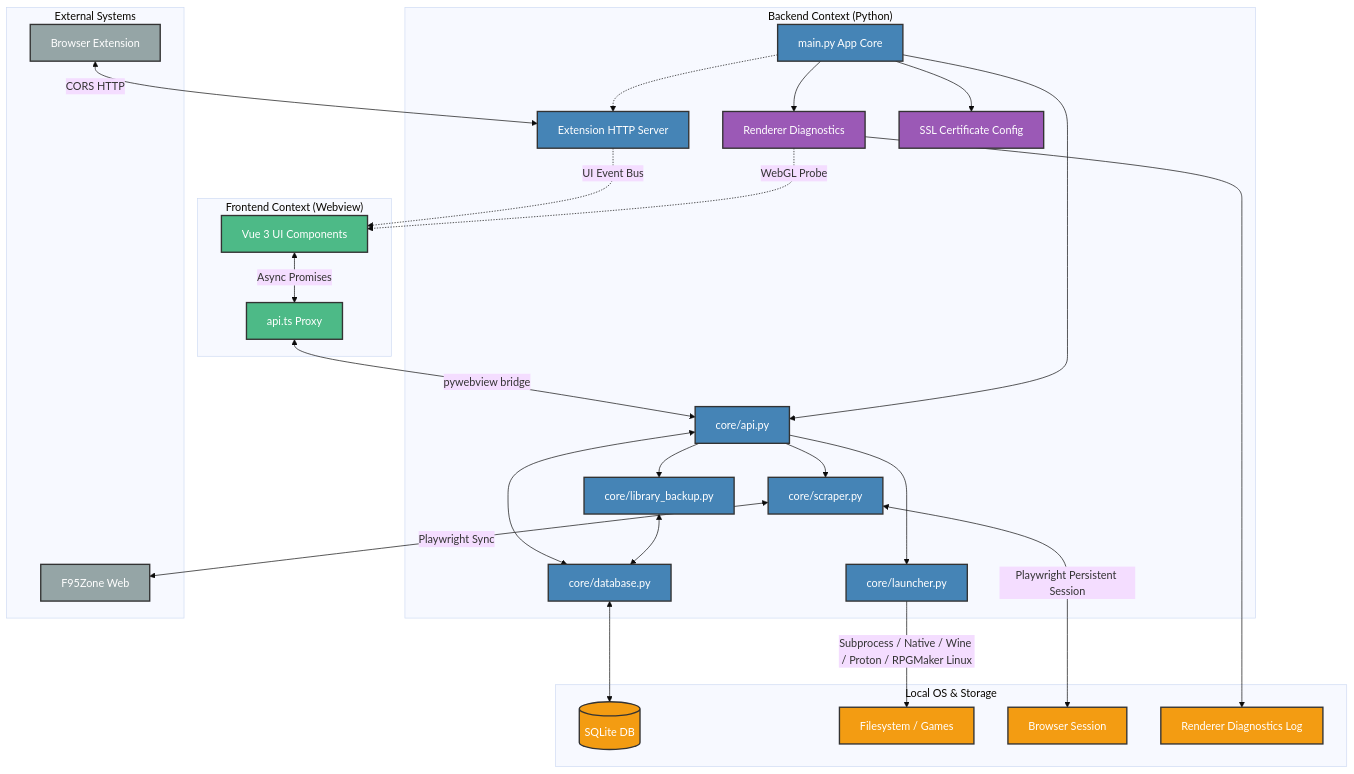
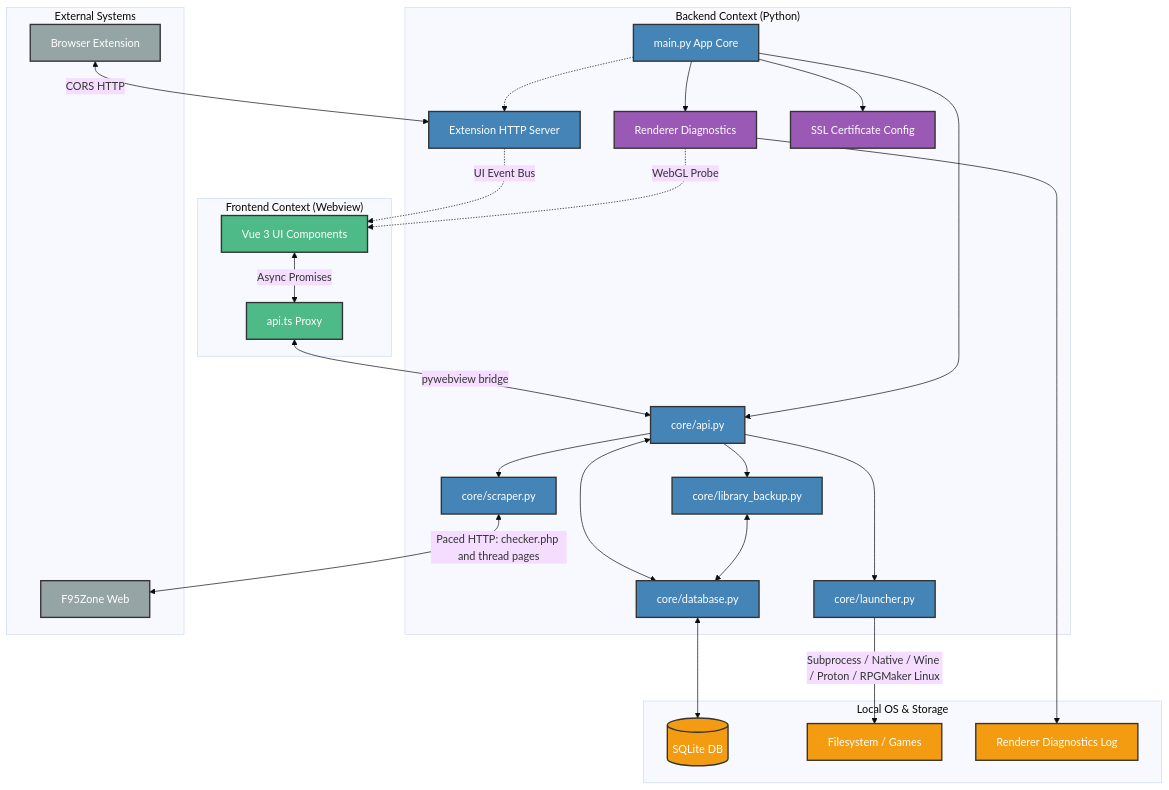
Before and after one commit to kirin-3/wLib: the diagram in docs/architecture.md, drawn with Mermaid (base theme). The commit also changed other lines of this file and 31 other files, not shown here.

First line of the commit message:
Replace Playwright scraping with plain HTTP

````diff
--- a/docs/architecture.md
+++ b/docs/architecture.md
@@ -7,64 +7,62 @@
 ```mermaid
 flowchart TD
     %% Define Styles
     classDef frontend fill:#4dba87,stroke:#333,stroke-width:2px,color:#fff;
     classDef backend fill:#4584b6,stroke:#333,stroke-width:2px,color:#fff;
     classDef storage fill:#f39c12,stroke:#333,stroke-width:2px,color:#fff;
     classDef external fill:#95a5a6,stroke:#333,stroke-width:2px,color:#fff;
     classDef diagnostics fill:#9b59b6,stroke:#333,stroke-width:2px,color:#fff;
 
     %% Components
     subgraph "Frontend Context (Webview)"
         UI[Vue 3 UI Components]:::frontend
         API_TS[api.ts Proxy]:::frontend
     end
 
     subgraph "Backend Context (Python)"
         MAIN[main.py App Core]:::backend
         API_PY[core/api.py]:::backend
         DB[core/database.py]:::backend
         BACKUP[core/library_backup.py]:::backend
         SCRAPER[core/scraper.py]:::backend
         LAUNCHER[core/launcher.py]:::backend
         EXT_SERVER[Extension HTTP Server]:::backend
         RENDERER[Renderer Diagnostics]:::diagnostics
         SSL[SSL Certificate Config]:::diagnostics
     end
 
     subgraph "Local OS & Storage"
         SQLITE[(SQLite DB)]:::storage
         FS[Filesystem / Games]:::storage
-        BROWSER_SESSION[Browser Session]:::storage
         DIAG_LOG[Renderer Diagnostics Log]:::storage
     end
 
     subgraph "External Systems"
         F95[F95Zone Web]:::external
         EXT[Browser Extension]:::external
     end
 
     %% Flow
     UI <-->|Async Promises| API_TS
     API_TS <-->|pywebview bridge| API_PY
     
     API_PY <--> DB
     API_PY --> BACKUP
     BACKUP <--> DB
     API_PY --> SCRAPER
     API_PY --> LAUNCHER
     MAIN --> API_PY
     MAIN -.-> EXT_SERVER
     MAIN --> RENDERER
     MAIN --> SSL
 
     DB <--> SQLITE
-    SCRAPER <-->|Playwright Persistent Session| BROWSER_SESSION
-    SCRAPER <-->|Playwright Sync| F95
+    SCRAPER <-->|Paced HTTP: checker.php and thread pages| F95
     LAUNCHER -->|Subprocess / Native / Wine / Proton / RPGMaker Linux| FS
     
     EXT <-->|CORS HTTP| EXT_SERVER
     EXT_SERVER -.->|UI Event Bus| UI
     
     RENDERER --> DIAG_LOG
     RENDERER -.->|WebGL Probe| UI
 ```
````
